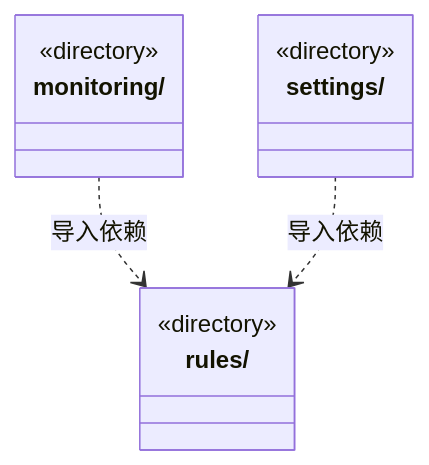
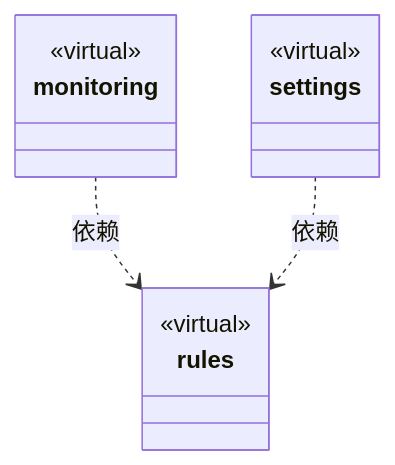
The diagram in src/logic/runtime/ARCHITECTURE.md (nan023062/cbim), drawn with Mermaid before and after one commit. The commit also changed other lines of this file and 158 other files, not shown here.

Commit message:
docs: model architecture through nested virtual encapsulations

````diff
--- a/src/logic/runtime/ARCHITECTURE.md
+++ b/src/logic/runtime/ARCHITECTURE.md
@@ -35,14 +17,17 @@
 ```mermaid
 classDiagram
-class N_src_logic_runtime_monitoring["monitoring/"] {
-  <<directory>>
+class N_215d7cd3f850["rules"] {
+  <<virtual>>
 }
-class N_src_logic_runtime_rules["rules/"] {
-  <<directory>>
+click N_215d7cd3f850 href "rules/ARCHITECTURE.md"
+class N_764a9131ddd4["monitoring"] {
+  <<virtual>>
 }
-class N_src_logic_runtime_settings["settings/"] {
-  <<directory>>
+click N_764a9131ddd4 href "monitoring/ARCHITECTURE.md"
+class N_5c7e6f03bc59["settings"] {
+  <<virtual>>
 }
-N_src_logic_runtime_monitoring ..> N_src_logic_runtime_rules : 导入依赖
-N_src_logic_runtime_settings ..> N_src_logic_runtime_rules : 导入依赖
+click N_5c7e6f03bc59 href "settings/ARCHITECTURE.md"
+N_764a9131ddd4 ..> N_215d7cd3f850 : 依赖
+N_5c7e6f03bc59 ..> N_215d7cd3f850 : 依赖
 ```
````
